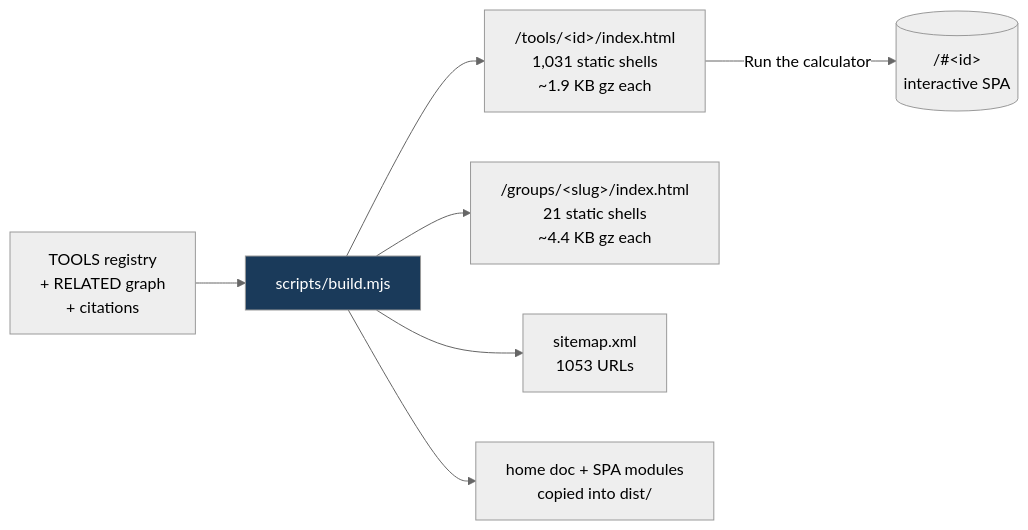
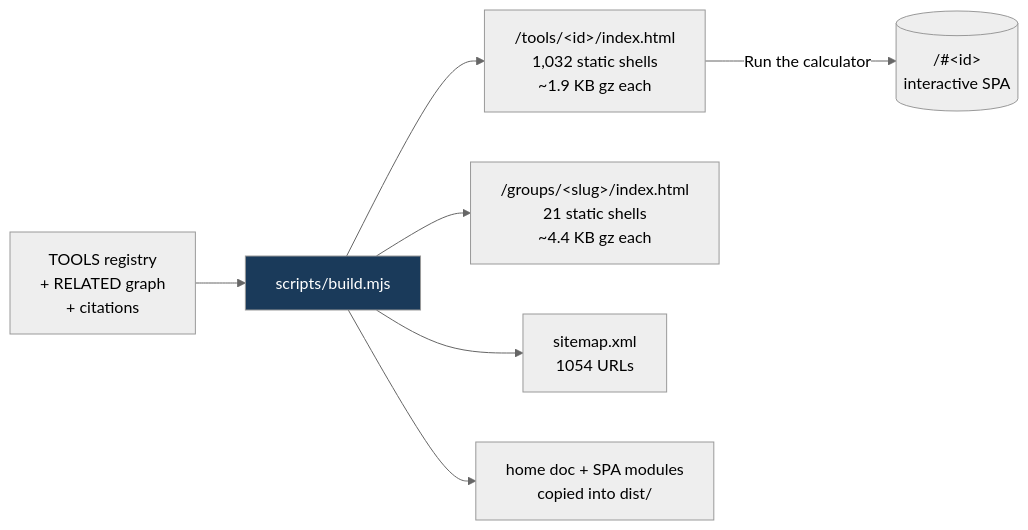
Before and after one commit to clay-good/roughlogic.com: the fifth of 8 diagrams in README.md, drawn with Mermaid (neutral theme). The commit also changed other lines of this file and 13 other files, not shown here.

````diff
--- a/README.md
+++ b/README.md
@@ -495,10 +495,10 @@
 ```mermaid
 flowchart LR
     SRC[TOOLS registry\n+ RELATED graph\n+ citations] --> BUILD[scripts/build.mjs]
-    BUILD --> TILE["/tools/&lt;id&gt;/index.html\n1,031 static shells\n~1.9 KB gz each"]
+    BUILD --> TILE["/tools/&lt;id&gt;/index.html\n1,032 static shells\n~1.9 KB gz each"]
     BUILD --> GROUP["/groups/&lt;slug&gt;/index.html\n21 static shells\n~4.4 KB gz each"]
-    BUILD --> MAP["sitemap.xml\n1053 URLs"]
+    BUILD --> MAP["sitemap.xml\n1054 URLs"]
     BUILD --> COPY[home doc + SPA modules\ncopied into dist/]
     TILE -->|Run the calculator| SPA[("/#&lt;id&gt;\ninteractive SPA")]
     style BUILD fill:#1a3a5a,color:#fff
 ```
````
